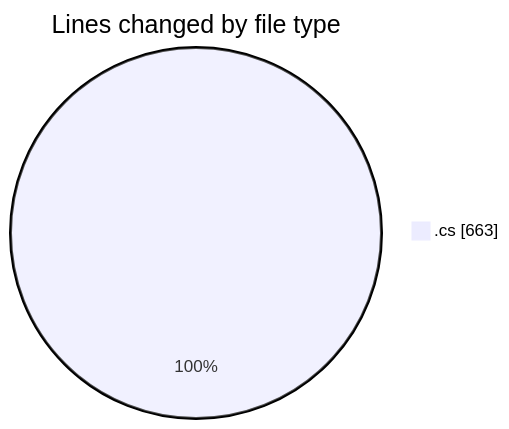
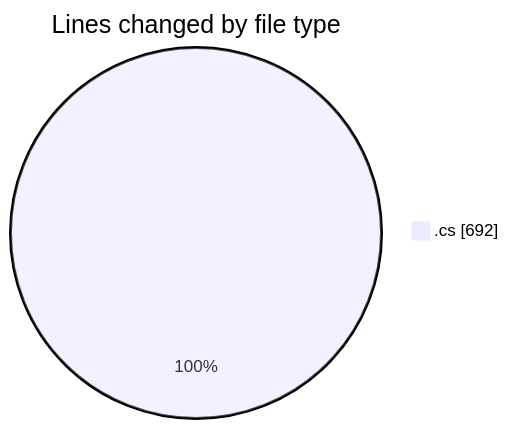
One commit to Netris89/code-tracking changed the first of 2 diagrams in 2025-04-03/back-end/README.md. Above: the diagram before and after it, drawn with Mermaid. The commit also changed other lines of this file and 1 other file, not shown here.

````diff
--- a/2025-04-03/back-end/README.md
+++ b/2025-04-03/back-end/README.md
@@ -22,5 +22,5 @@
 ```mermaid
 pie showData
 title Lines changed by file type
-".cs" : 663
+".cs" : 692
 ```
````
